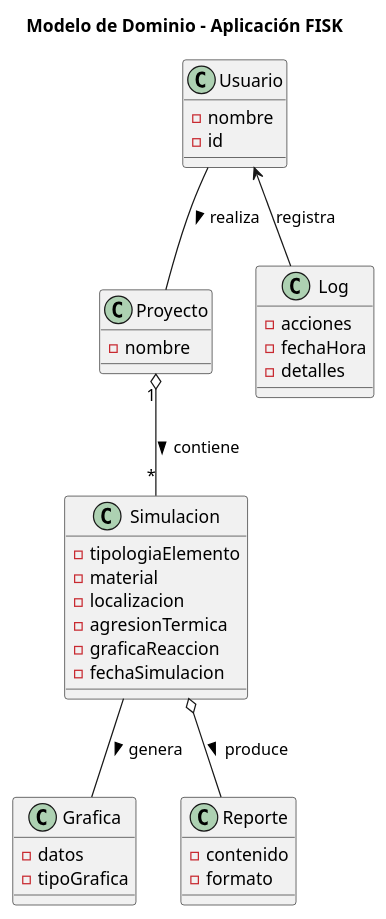
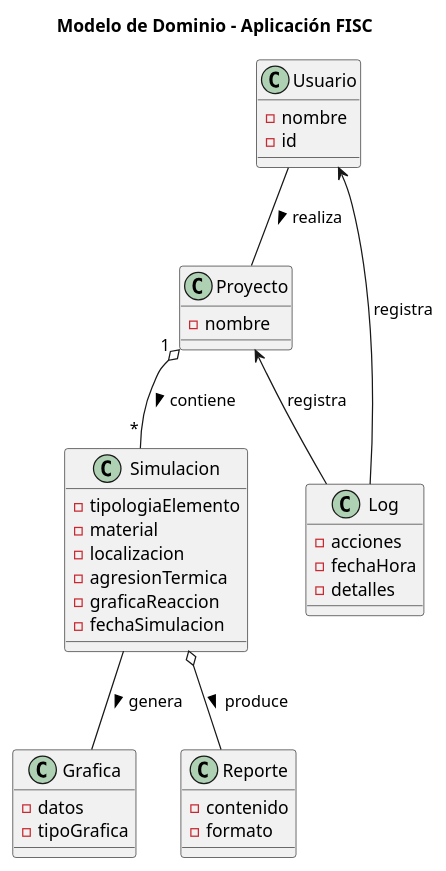
One commit to mmasias/23-24-IdSw1-SDR changed the diagram in modelosUML/diagramaClases.puml. Above: the diagram before and after it, drawn with PlantUML.

Commit message:
arreglos diagrama de clases

```diff
--- a/modelosUML/diagramaClases.puml
+++ b/modelosUML/diagramaClases.puml
@@ -1,44 +1,45 @@
 @startuml
-title Modelo de Dominio - Aplicación FISK
+title Modelo de Dominio - Aplicación FISC
 
 class Usuario {
     - nombre
     - id
 }
 
 class Proyecto {
     - nombre
 }
 
 class Simulacion {
     - tipologiaElemento
     - material
     - localizacion
     - agresionTermica
     - graficaReaccion
     - fechaSimulacion
 }
 
 class Grafica {
     - datos
     - tipoGrafica
 }
 
 class Log {
     - acciones
     - fechaHora
     - detalles
 }
 
 class Reporte {
     - contenido
     - formato
 }
 
 Usuario -- Proyecto : "realiza >"
 Proyecto "1" o-- "*" Simulacion : "contiene >"
 Simulacion -- Grafica : "genera >"
 Simulacion o-- Reporte : "produce >"
 Usuario <-- Log : "registra"
+Proyecto <-- Log : "registra"
 
 @enduml
```
